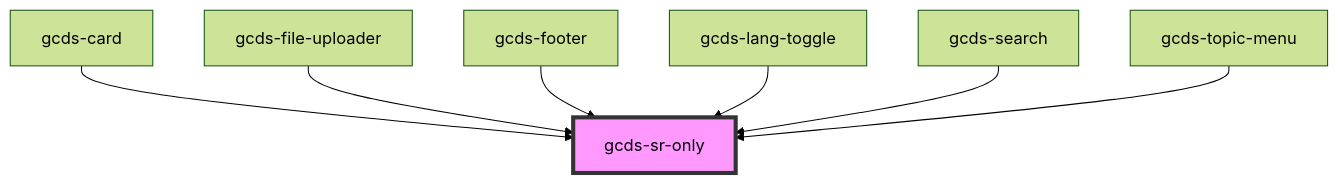
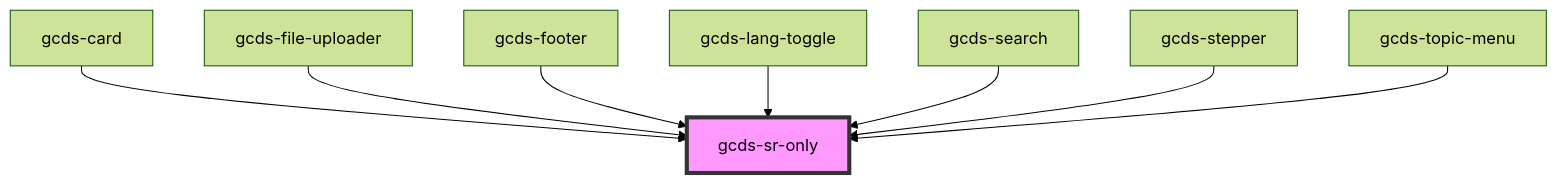
Before and after one commit to cds-snc/gcds-components: the diagram in packages/web/src/components/gcds-sr-only/readme.md, drawn with Mermaid (forest theme). The commit also changed other lines of this file and 10 other files, not shown here.

````diff
--- a/packages/web/src/components/gcds-sr-only/readme.md
+++ b/packages/web/src/components/gcds-sr-only/readme.md
@@ -27,10 +28,11 @@
 ```mermaid
 graph TD;
   gcds-card --> gcds-sr-only
   gcds-file-uploader --> gcds-sr-only
   gcds-footer --> gcds-sr-only
   gcds-lang-toggle --> gcds-sr-only
   gcds-search --> gcds-sr-only
+  gcds-stepper --> gcds-sr-only
   gcds-topic-menu --> gcds-sr-only
   style gcds-sr-only fill:#f9f,stroke:#333,stroke-width:4px
 ```
````
